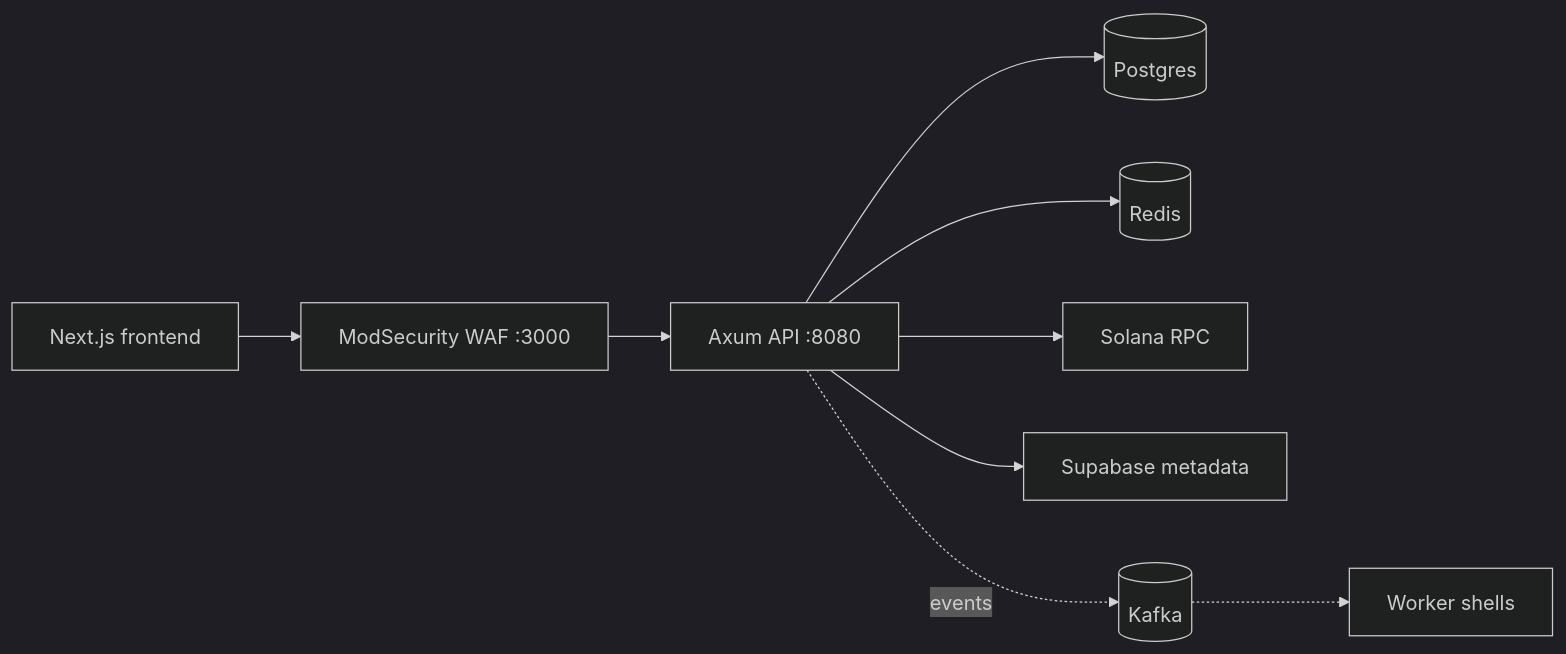
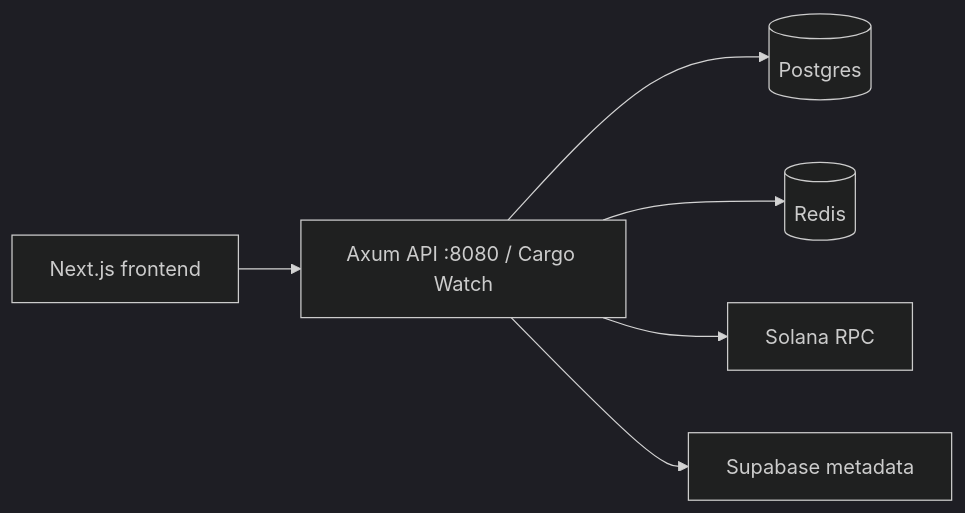
Before and after one commit to dyenaan/rabovel-demo: the diagram in rabovel-BE/README.md, drawn with Mermaid (dark theme). The commit also changed other lines of this file and 3 other files, not shown here.

````diff
--- a/rabovel-BE/README.md
+++ b/rabovel-BE/README.md
@@ -9,11 +9,8 @@
 ```mermaid
 flowchart LR
-  FE[Next.js frontend] --> WAF[ModSecurity WAF :3000]
-  WAF --> API[Axum API :8080]
+  FE[Next.js frontend] --> API[Axum API :8080 / Cargo Watch]
   API --> PG[(Postgres)]
   API --> RD[(Redis)]
   API --> SOL[Solana RPC]
   API --> SB[Supabase metadata]
-  API -. events .-> K[(Kafka)]
-  K -.-> WK[Worker shells]
 ```
````
